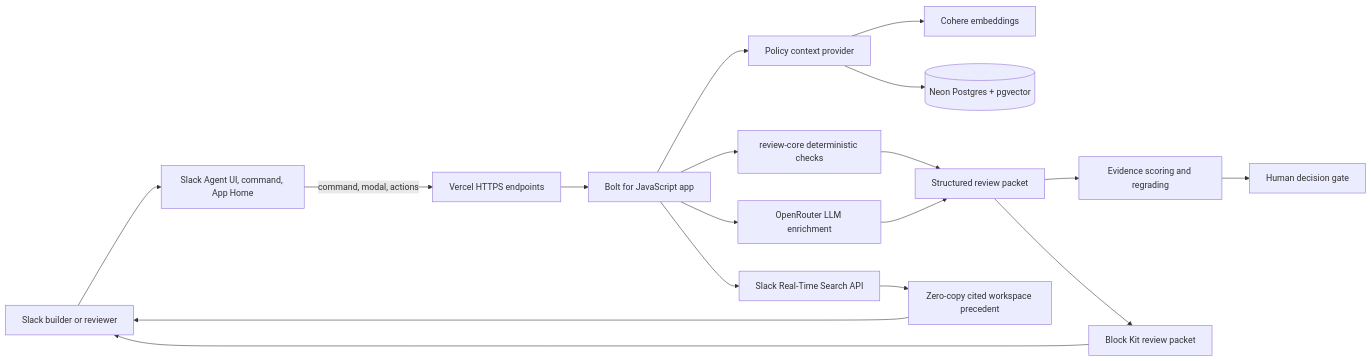
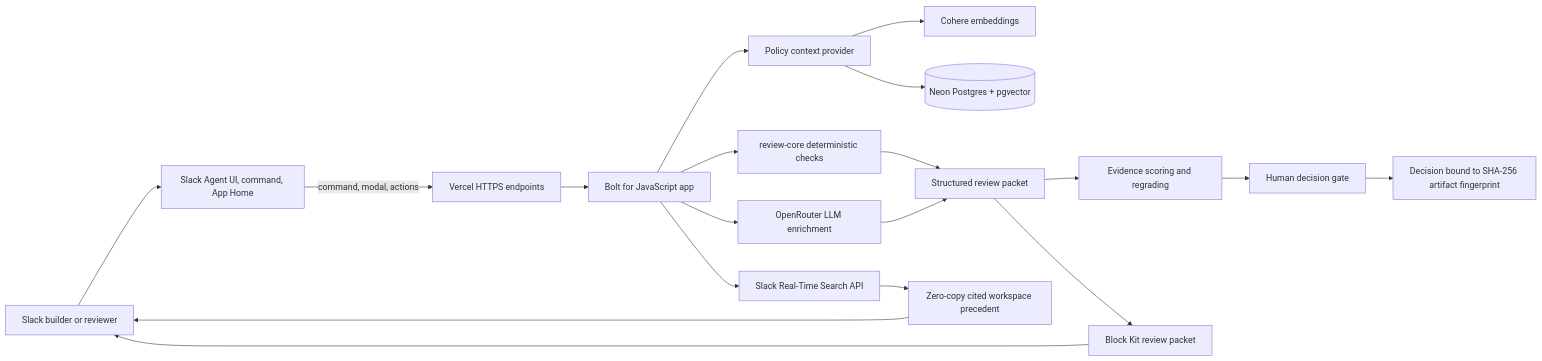
The first of 5 diagrams in ARCHITECTURE.md (N-45div/SecureLore), drawn with Mermaid before and after one commit. The commit also changed other lines of this file and 5 other files, not shown here.

````diff
--- a/ARCHITECTURE.md
+++ b/ARCHITECTURE.md
@@ -7,20 +7,21 @@
 ```mermaid
 flowchart LR
   Builder[Slack builder or reviewer] --> Slack[Slack Agent UI, command, App Home]
   Slack -->|command, modal, actions| Vercel[Vercel HTTPS endpoints]
   Vercel --> Bolt[Bolt for JavaScript app]
   Bolt --> ReviewCore[review-core deterministic checks]
   Bolt --> Policy[Policy context provider]
   Policy --> Cohere[Cohere embeddings]
   Policy --> Neon[(Neon Postgres + pgvector)]
   Bolt --> OpenRouter[OpenRouter LLM enrichment]
   Bolt --> RTS[Slack Real-Time Search API]
   ReviewCore --> Packet[Structured review packet]
   OpenRouter --> Packet
   Packet --> Evidence[Evidence scoring and regrading]
   Evidence --> Decision[Human decision gate]
+  Decision --> Fingerprint[Decision bound to SHA-256 artifact fingerprint]
   Packet --> SlackUI[Block Kit review packet]
   RTS --> LiveEvidence[Zero-copy cited workspace precedent]
   SlackUI --> Builder
   LiveEvidence --> Builder
 ```
````
